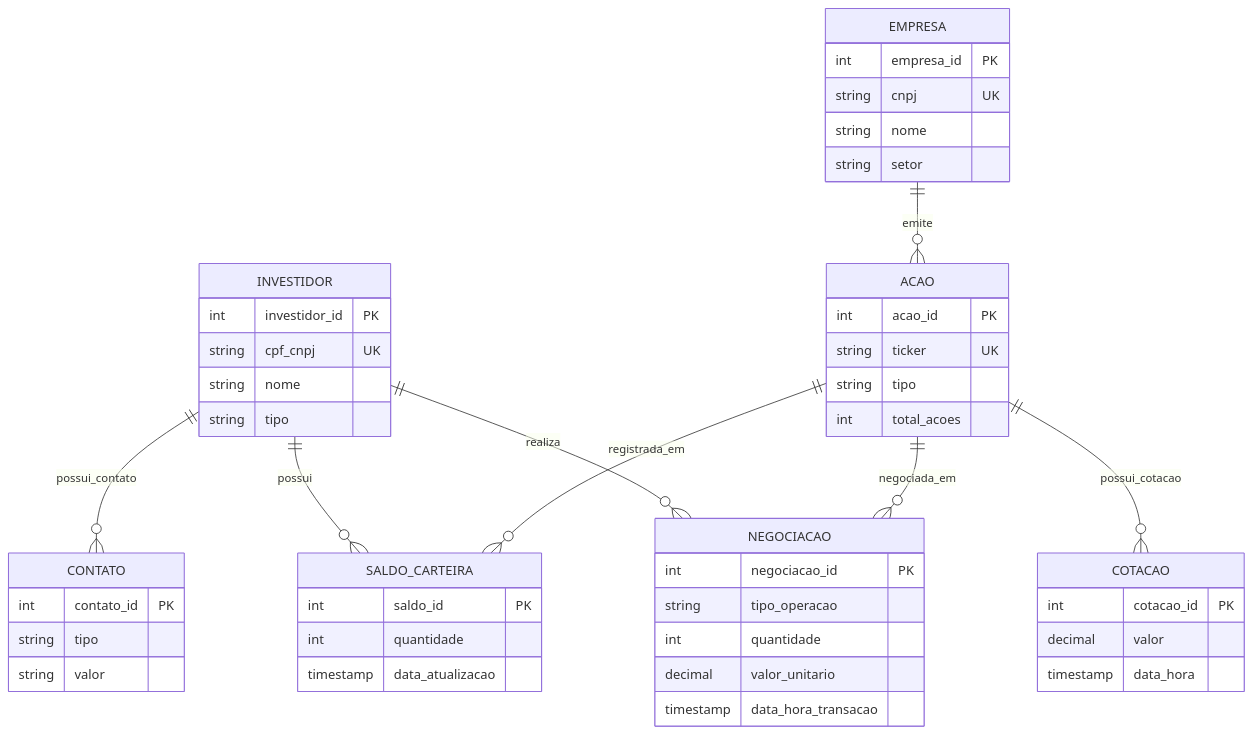
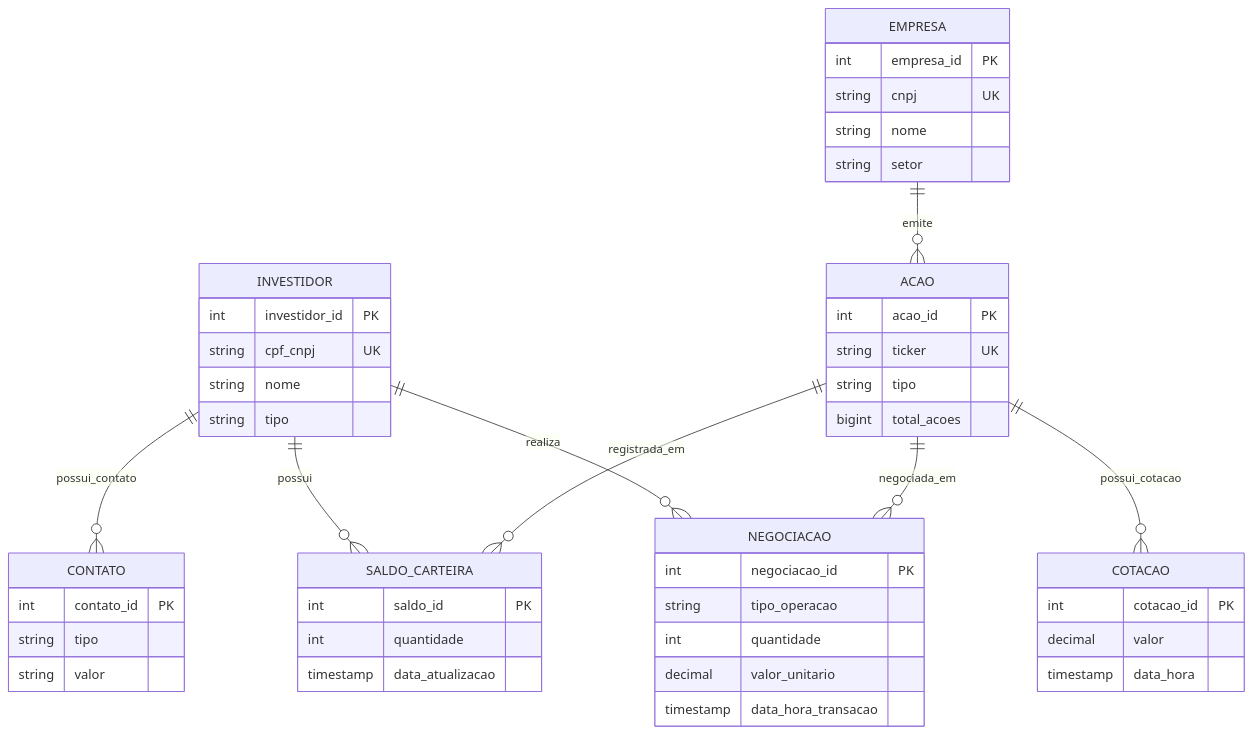
The diagram in README.md (fegarbo/tdp-bolsa), drawn with Mermaid before and after one commit. The commit also changed other lines of this file, not shown here.

First line of the commit message:
docs: corrigir README — WHT, bigint, trigger e ordem de execução dos scripts

````diff
--- a/README.md
+++ b/README.md
@@ -42,59 +43,59 @@
 ```mermaid
 erDiagram
     INVESTIDOR ||--o{ NEGOCIACAO : realiza
     INVESTIDOR ||--o{ SALDO_CARTEIRA : possui
     INVESTIDOR ||--o{ CONTATO : possui_contato
 
     EMPRESA ||--o{ ACAO : emite
 
     ACAO ||--o{ NEGOCIACAO : negociada_em
     ACAO ||--o{ COTACAO : possui_cotacao
     ACAO ||--o{ SALDO_CARTEIRA : registrada_em
 
     INVESTIDOR {
         int    investidor_id PK
         string cpf_cnpj UK
         string nome
         string tipo
     }
 
     CONTATO {
         int    contato_id PK
         string tipo
         string valor
     }
 
     EMPRESA {
         int    empresa_id PK
         string cnpj UK
         string nome
         string setor
     }
 
     ACAO {
         int    acao_id PK
         string ticker UK
         string tipo
-        int    total_acoes
+        bigint total_acoes
     }
 
     NEGOCIACAO {
         int       negociacao_id PK
         string    tipo_operacao
         int       quantidade
         decimal   valor_unitario
         timestamp data_hora_transacao
     }
 
     COTACAO {
         int       cotacao_id PK
         decimal   valor
         timestamp data_hora
     }
 
     SALDO_CARTEIRA {
         int       saldo_id PK
         int       quantidade
         timestamp data_atualizacao
     }
 ```
````
